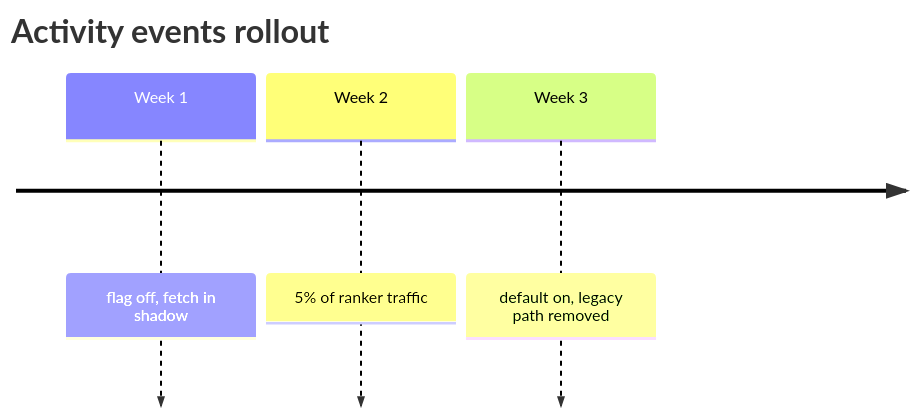
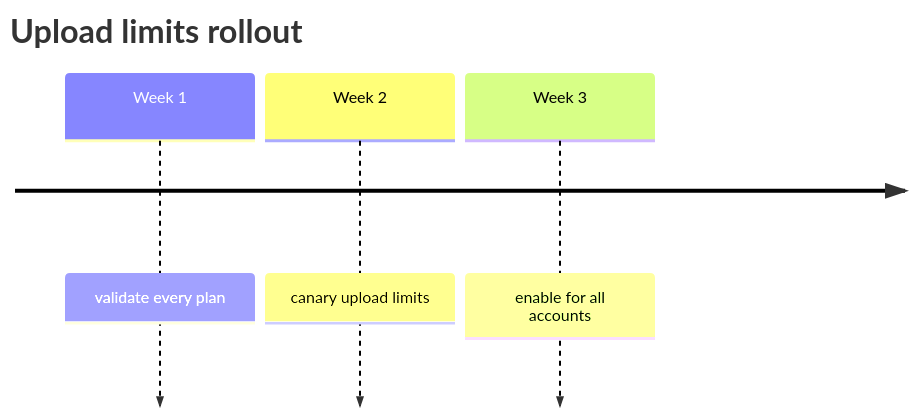
One commit to abhirup-dev/reviewroom changed the fifth of 5 diagrams in skills/reviewroom/references/visual-formats.md. Above: the diagram before and after it, drawn with Mermaid. The commit also changed other lines of this file and 39 other files, not shown here.

````diff
--- a/skills/reviewroom/references/visual-formats.md
+++ b/skills/reviewroom/references/visual-formats.md
@@ -106,7 +107,7 @@
 ```mermaid
 timeline
-  title Activity events rollout
-  Week 1 : flag off, fetch in shadow
-  Week 2 : 5% of ranker traffic
-  Week 3 : default on, legacy path removed
+  title Upload limits rollout
+  Week 1 : validate every plan
+  Week 2 : canary upload limits
+  Week 3 : enable for all accounts
 ```
````
